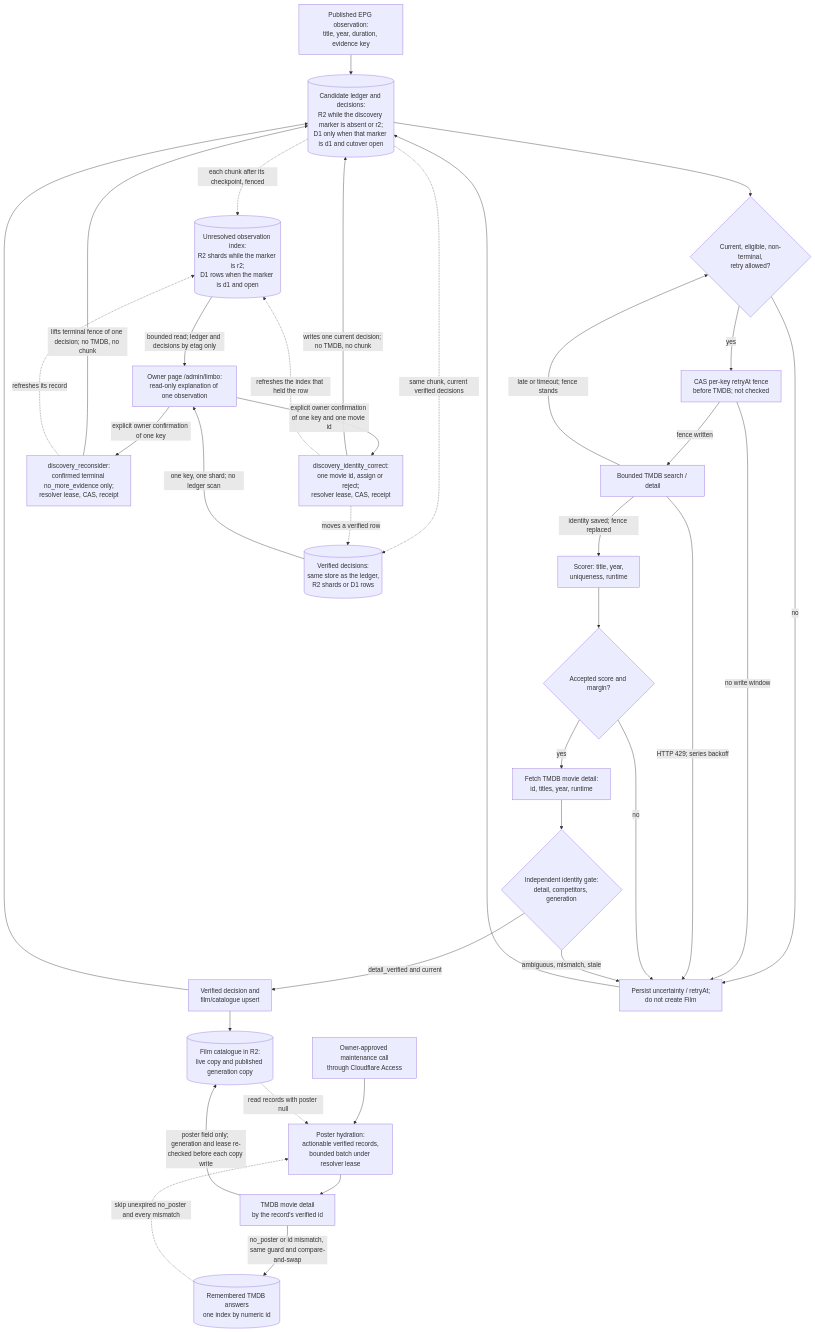
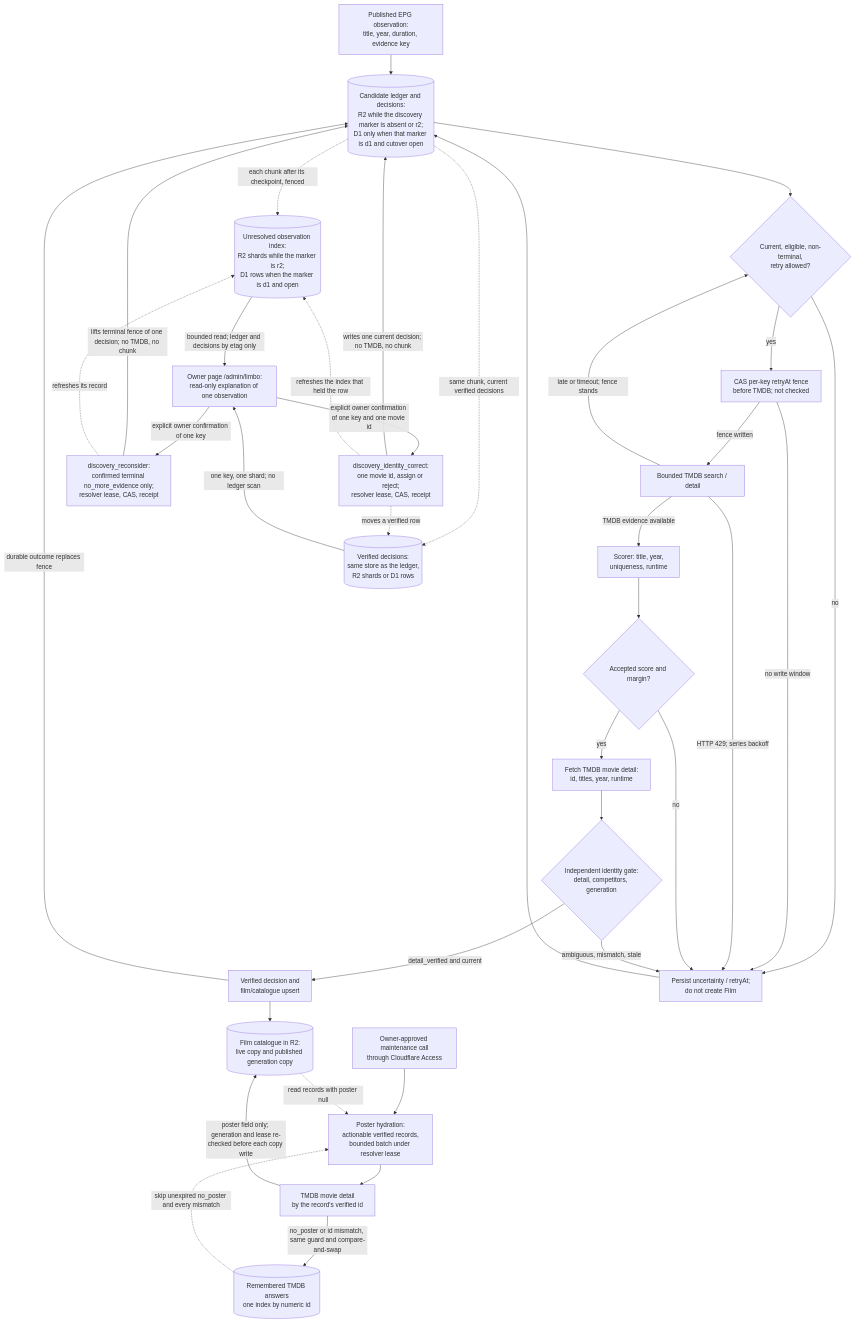
Before and after one commit to vladimino/iptv-watchlist: the diagram in docs/architecture/discovery-and-resolution.md, drawn with Mermaid.

Commit message:
docs(AIR-492): label fence replacement at the writer
The scorer edge is TMDB evidence only. Durable outcome replaces the pre-TMDB fence when the verified decision is written.

````diff
--- a/docs/architecture/discovery-and-resolution.md
+++ b/docs/architecture/discovery-and-resolution.md
@@ -5,57 +5,57 @@
 ```mermaid
 flowchart TD
     epg["Published EPG observation:<br/>title, year, duration, evidence key"]
     ledger[("Candidate ledger and decisions:<br/>R2 while the discovery marker is absent or r2;<br/>D1 only when that marker is d1 and cutover open")]
     eligible{"Current, eligible, non-terminal,<br/>retry allowed?"}
     defer["CAS per-key retryAt fence<br/>before TMDB; not checked"]
     search["Bounded TMDB search / detail"]
     scorer["Scorer: title, year,<br/>uniqueness, runtime"]
     score{"Accepted score and margin?"}
     detail["Fetch TMDB movie detail:<br/>id, titles, year, runtime"]
     gate{"Independent identity gate:<br/>detail, competitors, generation"}
     writer["Verified decision and<br/>film/catalogue upsert"]
     unresolved["Persist uncertainty / retryAt;<br/>do not create Film"]
     catalogue[("Film catalogue in R2:<br/>live copy and published generation copy")]
     owner["Owner-approved maintenance call<br/>through Cloudflare Access"]
     hydrate["Poster hydration:<br/>actionable verified records,<br/>bounded batch under resolver lease"]
     posterdetail["TMDB movie detail<br/>by the record's verified id"]
     negatives[("Remembered TMDB answers<br/>one index by numeric id")]
     obsindex[("Unresolved observation index:<br/>R2 shards while the marker is r2;<br/>D1 rows when the marker is d1 and open")]
     verified[("Verified decisions:<br/>same store as the ledger,<br/>R2 shards or D1 rows")]
     ownerread["Owner page /admin/limbo:<br/>read-only explanation of one observation"]
     reconsider["discovery_reconsider:<br/>confirmed terminal no_more_evidence only;<br/>resolver lease, CAS, receipt"]
     identity["discovery_identity_correct:<br/>one movie id, assign or reject;<br/>resolver lease, CAS, receipt"]
     epg --> ledger --> eligible
     eligible -->|no| unresolved
     eligible -->|yes| defer
     defer -->|fence written| search
     defer -->|no write window| unresolved
-    search -->|identity saved; fence replaced| scorer
+    search -->|TMDB evidence available| scorer
     search -->|late or timeout; fence stands| eligible
     search -->|HTTP 429; series backoff| unresolved
     scorer --> score
     score -->|no| unresolved
     score -->|yes| detail --> gate
     gate -->|detail_verified and current| writer
     gate -->|ambiguous, mismatch, stale| unresolved
-    writer --> ledger
+    writer -->|durable outcome replaces fence| ledger
     writer --> catalogue
     unresolved --> ledger
     owner --> hydrate
     catalogue -.->|read records with poster null| hydrate
     negatives -.->|skip unexpired no_poster and every mismatch| hydrate
     hydrate --> posterdetail
     posterdetail -->|poster field only; generation and lease re-checked before each copy write| catalogue
     posterdetail -->|no_poster or id mismatch, same guard and compare-and-swap| negatives
     ledger -.->|each chunk after its checkpoint, fenced| obsindex
     ledger -.->|same chunk, current verified decisions| verified
     obsindex -->|bounded read; ledger and decisions by etag only| ownerread
     verified -->|one key, one shard; no ledger scan| ownerread
     ownerread -->|explicit owner confirmation of one key| reconsider
     ownerread -->|explicit owner confirmation of one key and one movie id| identity
     reconsider -->|lifts terminal fence of one decision; no TMDB, no chunk| ledger
     identity -->|writes one current decision; no TMDB, no chunk| ledger
     reconsider -.->|refreshes its record| obsindex
     identity -.->|refreshes the index that held the row| obsindex
     identity -.->|moves a verified row| verified
 ```
````
